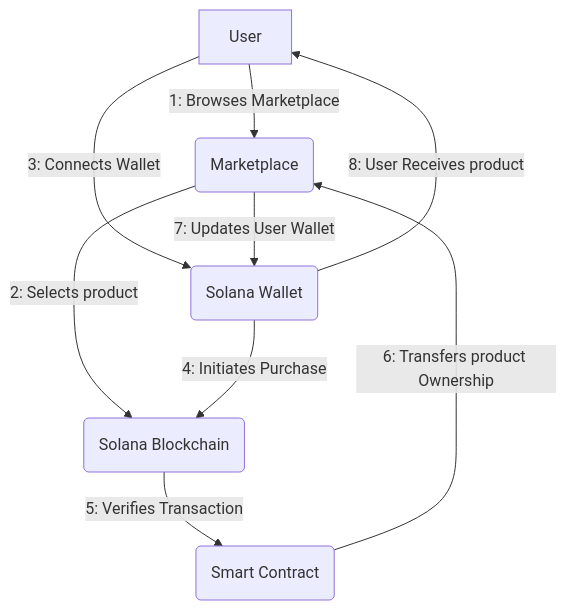
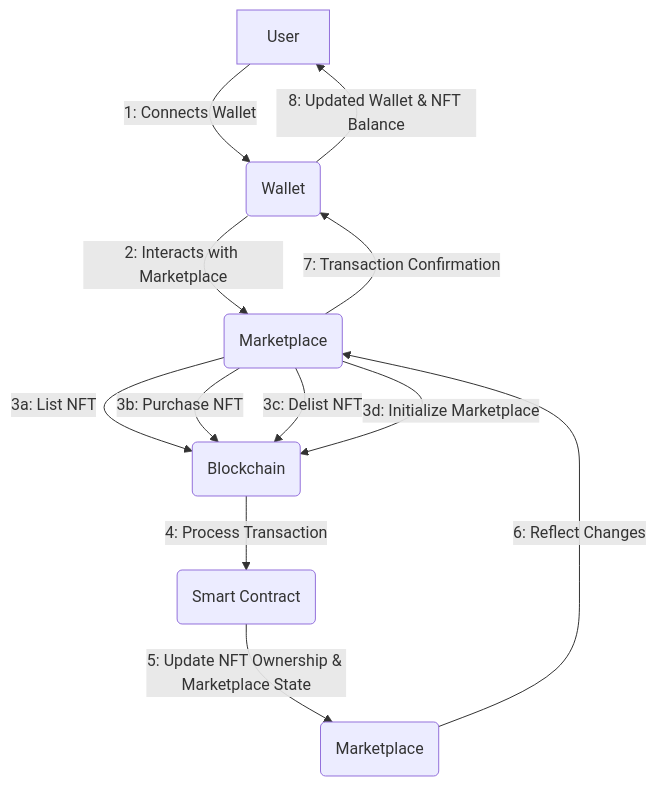
Before and after one commit to solana-turbin3/Q3_25_Builder_AQuental: the diagram in anchor_marketplace/README.md, drawn with Mermaid. The commit also changed other lines of this file and 9 other files, not shown here.

````diff
--- a/anchor_marketplace/README.md
+++ b/anchor_marketplace/README.md
@@ -1,11 +7,16 @@
 ```mermaid
 graph TD
-    A[User] -->|1: Browses Marketplace| B(Marketplace)
-    B -->|2: Selects product| C(Solana Blockchain)
-    A -->|3: Connects Wallet| D(Solana Wallet)
-    D -->|4: Initiates Purchase| C
-    C -->|5: Verifies Transaction| E(Smart Contract)
-    E -->|6: Transfers product Ownership| B
-    B -->|7: Updates User Wallet| D
-    D -->|8: User Receives product| A
+    A[User] -->|1: Connects Wallet| B(Wallet)
+    B -->|2: Interacts with Marketplace| C(Marketplace)
+
+    C -->|3a: List NFT| D(Blockchain)
+    C -->|3b: Purchase NFT| D
+    C -->|3c: Delist NFT| D
+    C -->|3d: Initialize Marketplace| D
+
+    D -->|4: Process Transaction| E(Smart Contract)
+    E -->|5: Update NFT Ownership & Marketplace State| F(Marketplace)
+    F -->|6: Reflect Changes| C
+    C -->|7: Transaction Confirmation| B
+    B -->|8: Updated Wallet & NFT Balance| A
 ```
````
